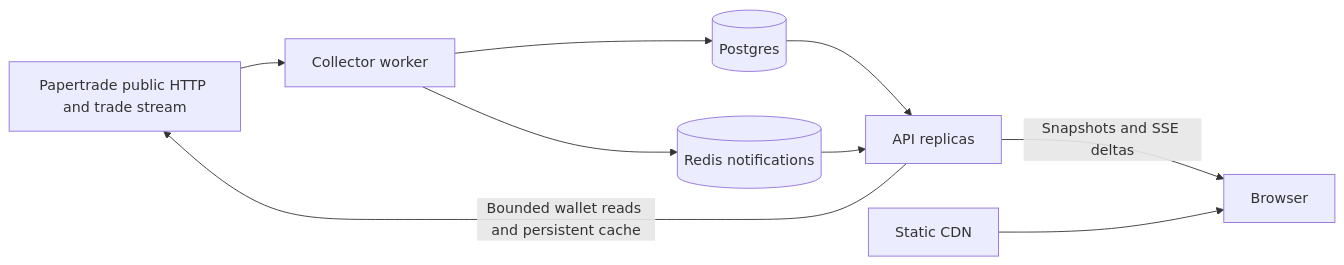
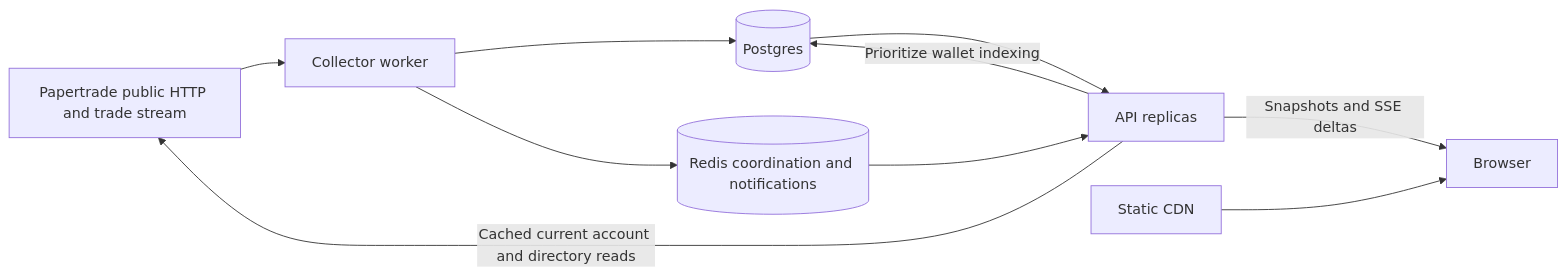
Before and after one commit to carlislejd/paperdash: the diagram in README.md, drawn with Mermaid. The commit also changed other lines of this file and 28 other files, not shown here.

````diff
--- a/README.md
+++ b/README.md
@@ -44,11 +44,12 @@
 ```mermaid
 flowchart LR
   S[Papertrade public HTTP and trade stream] --> W[Collector worker]
   W --> D[(Postgres)]
-  W --> R[(Redis notifications)]
+  W --> R[(Redis coordination and notifications)]
   D --> A[API replicas]
   R --> A
   A -->|Snapshots and SSE deltas| B[Browser]
   C[Static CDN] --> B
-  A -->|Bounded wallet reads and persistent cache| S
+  A -->|Cached current account and directory reads| S
+  A -->|Prioritize wallet indexing| D
 ```
````
